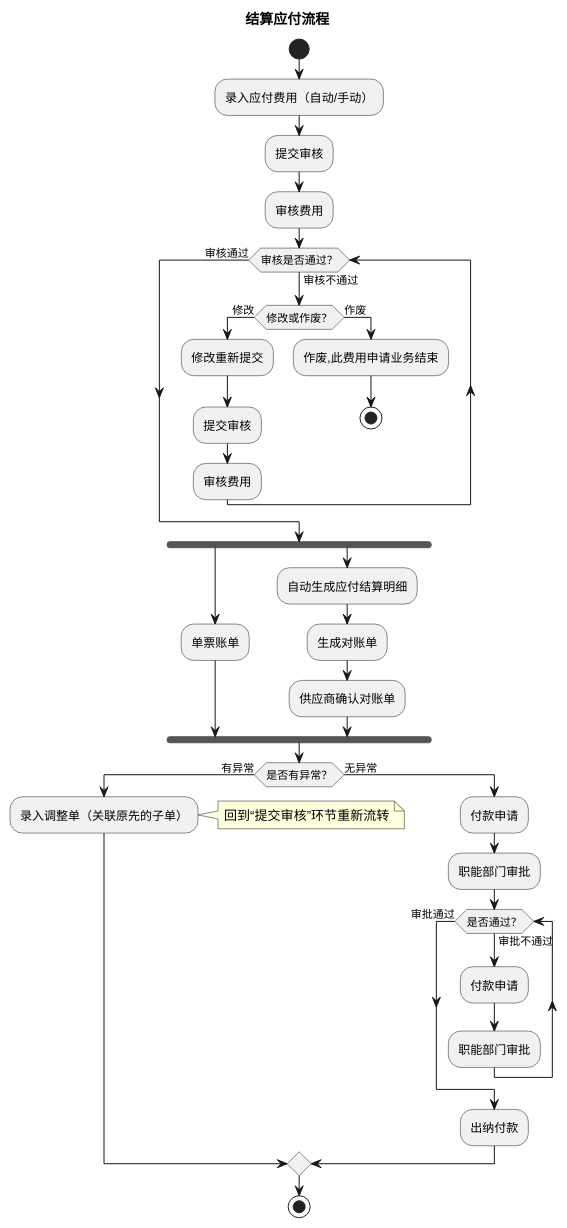
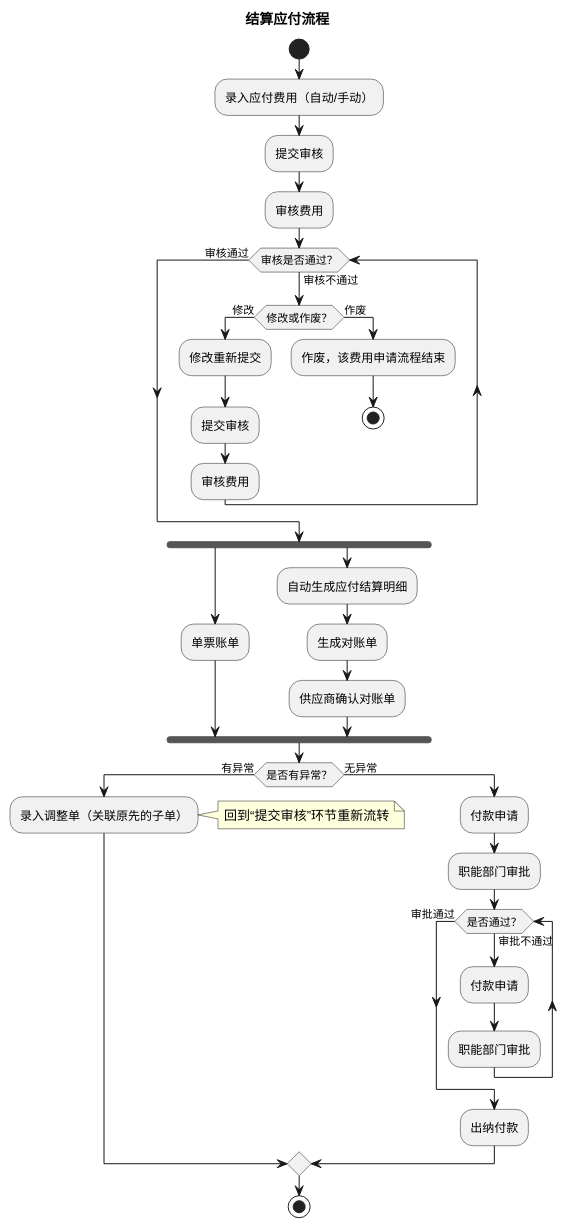
The fifth of 7 diagrams in product-caliber/goldjet/segmented-prd/mainflow/PRD.高捷物流系统一期.主流程.08.税金管理与财务结算流程.md (jack888332/projects-doc), drawn with PlantUML before and after one commit. The commit also changed other lines of this file and 59 other files, not shown here.

````diff
--- a/product-caliber/goldjet/segmented-prd/mainflow/PRD.高捷物流系统一期.主流程.08.税金管理与财务结算流程.md
+++ b/product-caliber/goldjet/segmented-prd/mainflow/PRD.高捷物流系统一期.主流程.08.税金管理与财务结算流程.md
@@ -99,39 +83,39 @@
 ```plantuml
 @startuml
 title 结算应付流程
 start
 :录入应付费用（自动/手动）;
 :提交审核;
 :审核费用;
 while (审核是否通过？) is (审核不通过)
   if (修改或作废？) then (修改)
     :修改重新提交;
     :提交审核;
     :审核费用;
   else (作废)
-    :作废,此费用申请业务结束;
+    :作废，该费用申请流程结束;
     stop
   endif
 endwhile (审核通过)
 fork
   :单票账单;
 fork again
   :自动生成应付结算明细;
   :生成对账单;
   :供应商确认对账单;
 end fork
 if (是否有异常？) then (有异常)
   :录入调整单（关联原先的子单）;
   note right: 回到“提交审核”环节重新流转
 else (无异常)
   :付款申请;
   :职能部门审批;
   while (是否通过？) is (审批不通过)
     :付款申请;
     :职能部门审批;
   endwhile (审批通过)
   :出纳付款;
 endif
 stop
 @enduml
 ```
````
